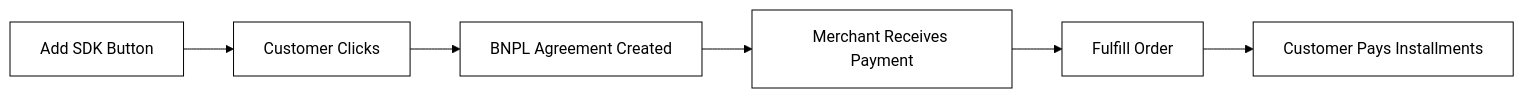
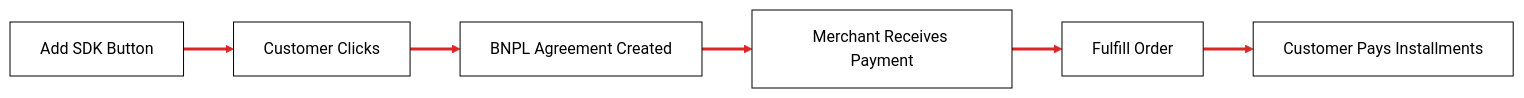
The second of 6 diagrams in README.md (okwareddevnest/MorphCredit), drawn with Mermaid before and after one commit. The commit also changed other lines of this file, not shown here.

First line of the commit message:
Update README to enhance diagram clarity and visual consistency

````diff
--- a/README.md
+++ b/README.md
@@ -184,9 +193,15 @@
 ```mermaid
-%%{init: {'theme':'base', 'themeVariables': {'primaryColor': '#ffffff', 'primaryTextColor': '#000000', 'primaryBorderColor': '#000000', 'lineColor': '#000000', 'secondaryColor': '#ffffff', 'tertiaryColor': '#ffffff', 'background': '#ffffff', 'mainBkg': '#ffffff', 'secondBkg': '#ffffff', 'tertiaryBkg': '#ffffff'}}}%%
+%%{init: {'theme':'base', 'themeVariables': {'primaryColor': '#ffffff', 'primaryTextColor': '#000000', 'primaryBorderColor': '#000000', 'lineColor': '#dc2626', 'edgeLabelBackground': '#ffffff', 'clusterBkg': '#ffffff', 'secondaryColor': '#ffffff', 'tertiaryColor': '#ffffff', 'background': '#ffffff', 'mainBkg': '#ffffff', 'secondBkg': '#ffffff', 'tertiaryBkg': '#ffffff'}}}%%
 flowchart LR
   A[Add SDK Button] --> B[Customer Clicks]
   B --> C[BNPL Agreement Created]
   C --> D[Merchant Receives Payment]
   D --> E[Fulfill Order]
   E --> F[Customer Pays Installments]
+  
+  linkStyle 0 stroke:#dc2626,stroke-width:3px
+  linkStyle 1 stroke:#dc2626,stroke-width:3px
+  linkStyle 2 stroke:#dc2626,stroke-width:3px
+  linkStyle 3 stroke:#dc2626,stroke-width:3px
+  linkStyle 4 stroke:#dc2626,stroke-width:3px
 ```
````
